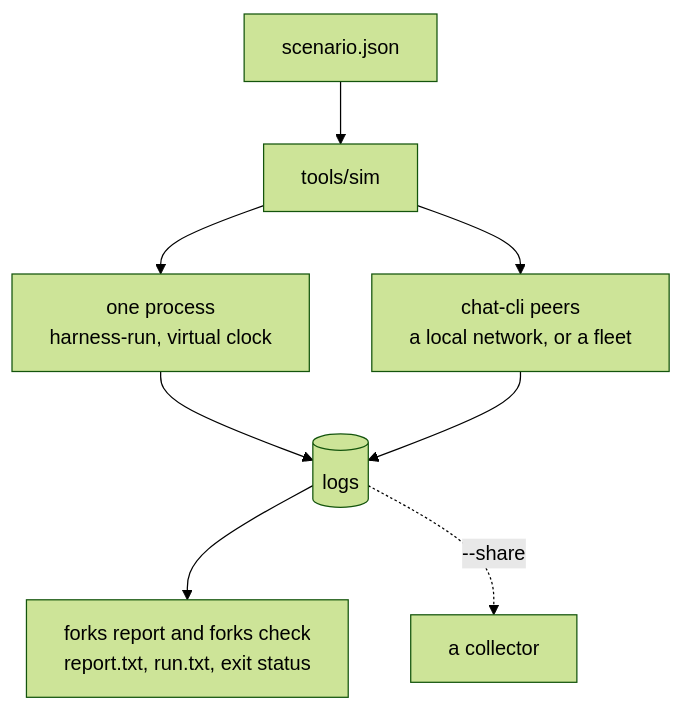
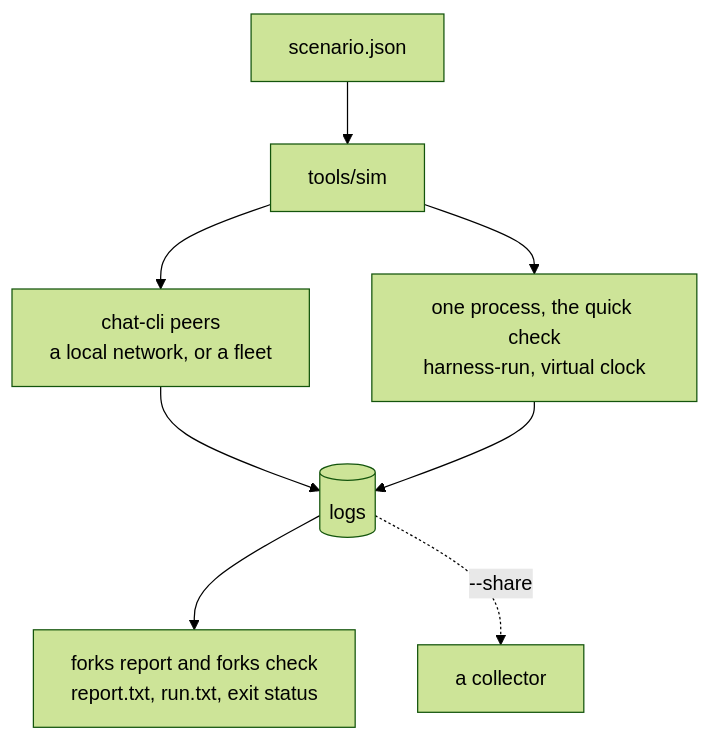
One commit to osmaczko/fork-report-guide changed the diagram in src/content/docs/simulations.md. Above: the diagram before and after it, drawn with Mermaid (forest theme). The commit also changed other lines of this file and 3 other files, not shown here.

First line of the commit message:
Lead Simulations with the local network, one process as the quick check

````diff
--- a/src/content/docs/simulations.md
+++ b/src/content/docs/simulations.md
@@ -9,10 +11,10 @@
 ```mermaid
 flowchart TB
     sc["scenario.json"] --> sim["tools/sim"]
-    sim --> op["one process<br/>harness-run, virtual clock"]
     sim --> ln["chat-cli peers<br/>a local network, or a fleet"]
-    op --> logs[("logs")]
-    ln --> logs
+    sim --> op["one process, the quick check<br/>harness-run, virtual clock"]
+    ln --> logs[("logs")]
+    op --> logs
     logs --> chk["forks report and forks check<br/>report.txt, run.txt, exit status"]
     logs -.->|"--share"| col["a collector"]
 ```
````
